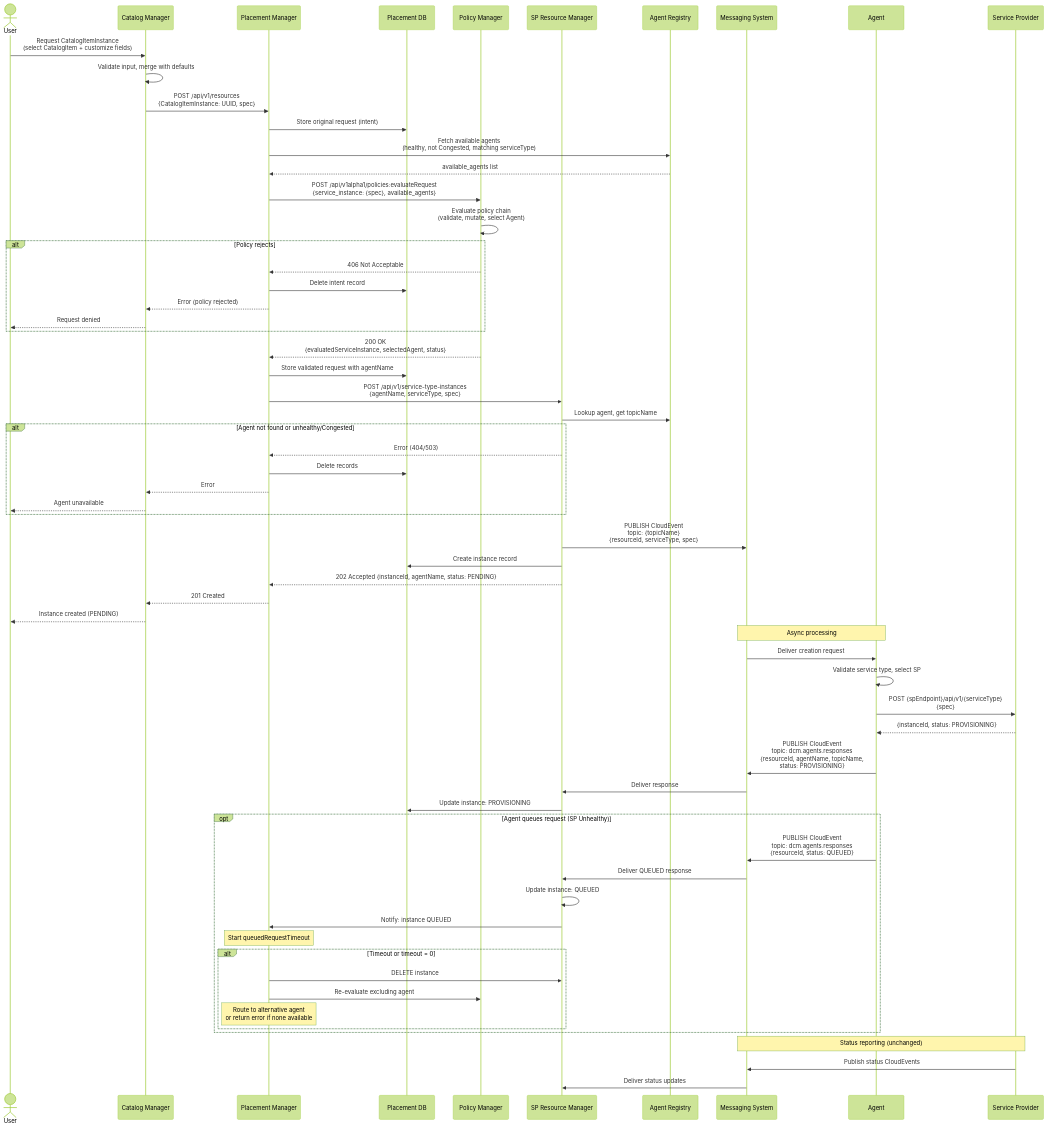
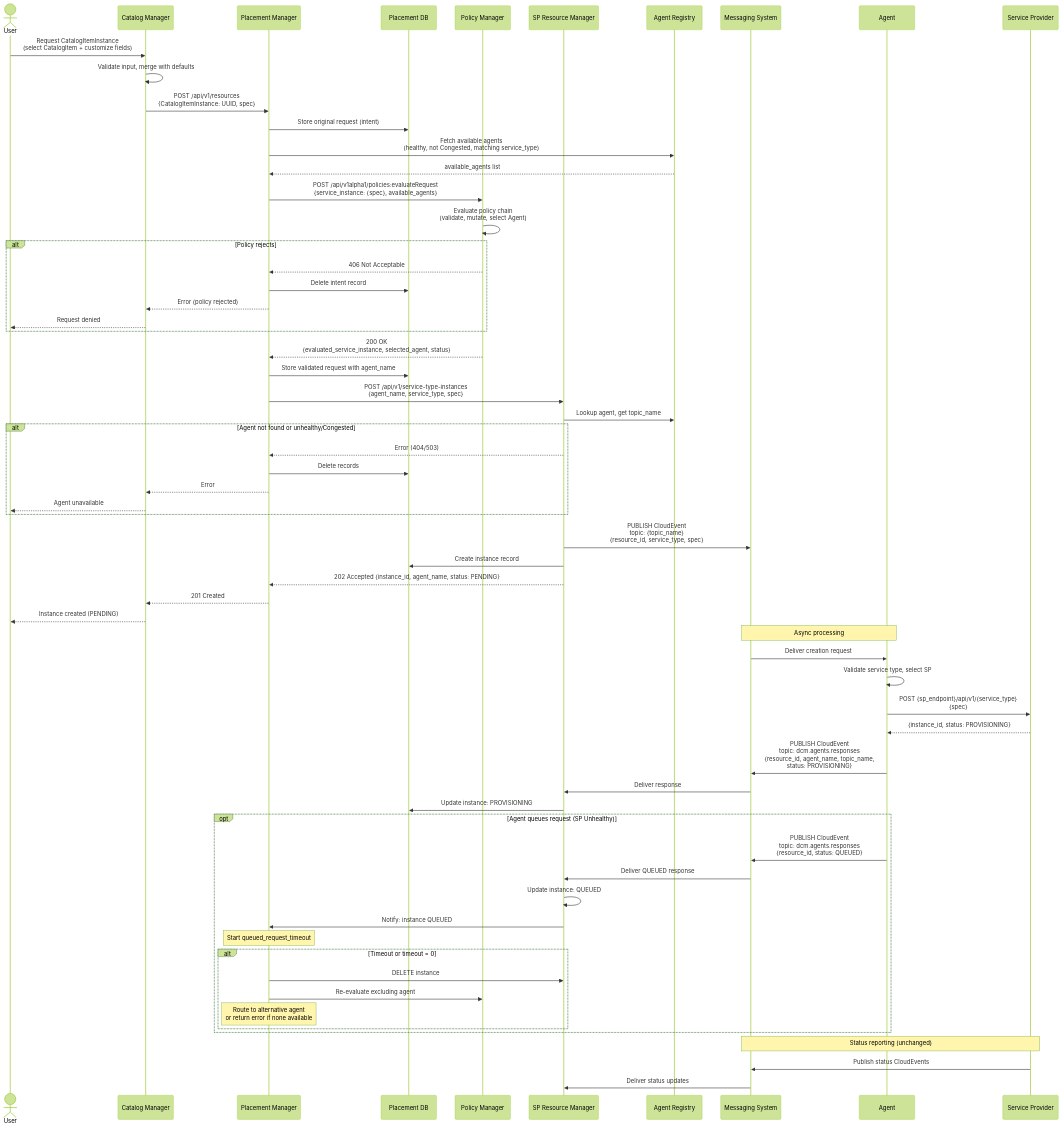
One commit to dcm-project/enhancements changed diagram 14 of 23 in enhancements/user-flows/user-flows.md. Above: the diagram before and after it, drawn with Mermaid (forest theme). The commit also changed other lines of this file and 19 other files, not shown here.

````diff
--- a/enhancements/user-flows/user-flows.md
+++ b/enhancements/user-flows/user-flows.md
@@ -812,78 +812,78 @@
 ```mermaid
 sequenceDiagram
     actor User
     participant CM as Catalog Manager
     participant PM as Placement Manager
     participant DB as Placement DB
     participant PE as Policy Manager
     participant SPRM as SP Resource Manager
     participant AR as Agent Registry
     participant MS as Messaging System
     participant AG as Agent
     participant SP as Service Provider
 
     User->>CM: Request CatalogItemInstance<br/>(select CatalogItem + customize fields)
     CM->>CM: Validate input, merge with defaults
     CM->>PM: POST /api/v1/resources<br/>{CatalogItemInstance: UUID, spec}
 
     PM->>DB: Store original request (intent)
 
-    PM->>AR: Fetch available agents<br/>(healthy, not Congested, matching serviceType)
+    PM->>AR: Fetch available agents<br/>(healthy, not Congested, matching service_type)
     AR-->>PM: available_agents list
 
     PM->>PE: POST /api/v1alpha1/policies:evaluateRequest<br/>{service_instance: {spec}, available_agents}
     PE->>PE: Evaluate policy chain<br/>(validate, mutate, select Agent)
 
     alt Policy rejects
         PE-->>PM: 406 Not Acceptable
         PM->>DB: Delete intent record
         PM-->>CM: Error (policy rejected)
         CM-->>User: Request denied
     end
 
-    PE-->>PM: 200 OK<br/>{evaluatedServiceInstance, selectedAgent, status}
-    PM->>DB: Store validated request with agentName
+    PE-->>PM: 200 OK<br/>{evaluated_service_instance, selected_agent, status}
+    PM->>DB: Store validated request with agent_name
 
-    PM->>SPRM: POST /api/v1/service-type-instances<br/>{agentName, serviceType, spec}
+    PM->>SPRM: POST /api/v1/service-type-instances<br/>{agent_name, service_type, spec}
 
-    SPRM->>AR: Lookup agent, get topicName
+    SPRM->>AR: Lookup agent, get topic_name
     alt Agent not found or unhealthy/Congested
         SPRM-->>PM: Error (404/503)
         PM->>DB: Delete records
         PM-->>CM: Error
         CM-->>User: Agent unavailable
     end
 
-    SPRM->>MS: PUBLISH CloudEvent<br/>topic: {topicName}<br/>{resourceId, serviceType, spec}
+    SPRM->>MS: PUBLISH CloudEvent<br/>topic: {topic_name}<br/>{resource_id, service_type, spec}
     SPRM->>DB: Create instance record
-    SPRM-->>PM: 202 Accepted {instanceId, agentName, status: PENDING}
+    SPRM-->>PM: 202 Accepted {instance_id, agent_name, status: PENDING}
     PM-->>CM: 201 Created
     CM-->>User: Instance created (PENDING)
 
     Note over MS,AG: Async processing
     MS->>AG: Deliver creation request
     AG->>AG: Validate service type, select SP
-    AG->>SP: POST {spEndpoint}/api/v1/{serviceType}<br/>{spec}
-    SP-->>AG: {instanceId, status: PROVISIONING}
-    AG->>MS: PUBLISH CloudEvent<br/>topic: dcm.agents.responses<br/>{resourceId, agentName, topicName,<br/>status: PROVISIONING}
+    AG->>SP: POST {sp_endpoint}/api/v1/{service_type}<br/>{spec}
+    SP-->>AG: {instance_id, status: PROVISIONING}
+    AG->>MS: PUBLISH CloudEvent<br/>topic: dcm.agents.responses<br/>{resource_id, agent_name, topic_name,<br/>status: PROVISIONING}
     MS->>SPRM: Deliver response
     SPRM->>DB: Update instance: PROVISIONING
 
     opt Agent queues request (SP Unhealthy)
-        AG->>MS: PUBLISH CloudEvent<br/>topic: dcm.agents.responses<br/>{resourceId, status: QUEUED}
+        AG->>MS: PUBLISH CloudEvent<br/>topic: dcm.agents.responses<br/>{resource_id, status: QUEUED}
         MS->>SPRM: Deliver QUEUED response
         SPRM->>SPRM: Update instance: QUEUED
         SPRM->>PM: Notify: instance QUEUED
 
-        Note over PM: Start queuedRequestTimeout
+        Note over PM: Start queued_request_timeout
         alt Timeout or timeout = 0
             PM->>SPRM: DELETE instance
             PM->>PE: Re-evaluate excluding agent
             Note over PM: Route to alternative agent<br/>or return error if none available
         end
     end
 
     Note over SP,MS: Status reporting (unchanged)
     SP->>MS: Publish status CloudEvents
     MS->>SPRM: Deliver status updates
 ```
````
